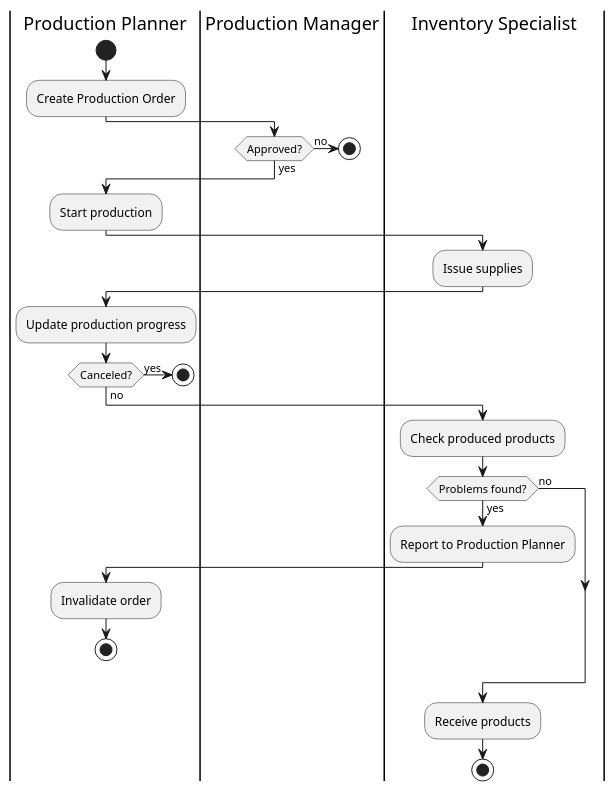
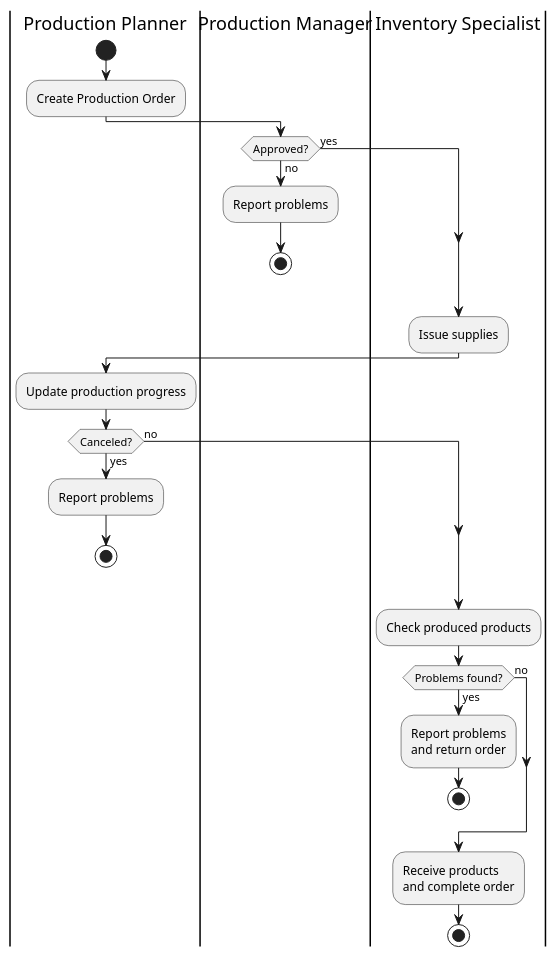
The diagram in workflows/production-workflow.plantuml (phihungha/scmss-reqs), drawn with PlantUML before and after one commit. The commit also changed 13 other files, not shown here.

Commit message:
Minor BRD diagram fixes

```diff
--- a/workflows/production-workflow.plantuml
+++ b/workflows/production-workflow.plantuml
@@ -1,46 +1,43 @@
 @startuml production-workflow
+
 |prod_planner|Production Planner
 |prod_manager|Production Manager
 |inv_spec|Inventory Specialist
 
 |prod_planner|
 start
 :Create Production Order;
 
 |prod_manager|
 if (Approved?) then (no)
+    :Report problems;
     stop
 else (yes)
 endif
-
-|prod_planner|
-:Start production;
 
 |inv_spec|
 :Issue supplies;
 
 |prod_planner|
 :Update production progress;
 
 if (Canceled?) then (yes)
+    :Report problems;
     stop
 else (no)
 endif
 
 |inv_spec|
 :Check produced products;
 
 if (Problems found?) then (yes)
-    :Report to Production Planner;
-
-    |prod_planner|
-    :Invalidate order;
+    :Report problems\nand return order;
     stop
 else (no)
 endif
 
 |inv_spec|
-:Receive products;
+:Receive products\nand complete order;
 
 stop
 @enduml
```
